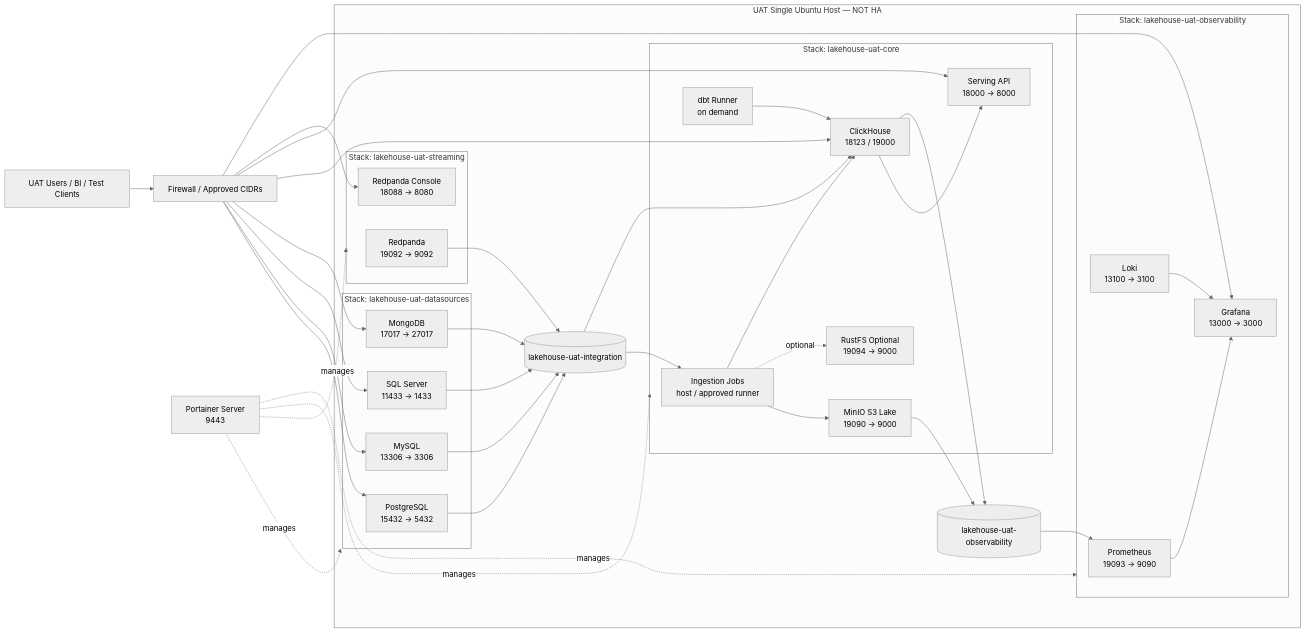
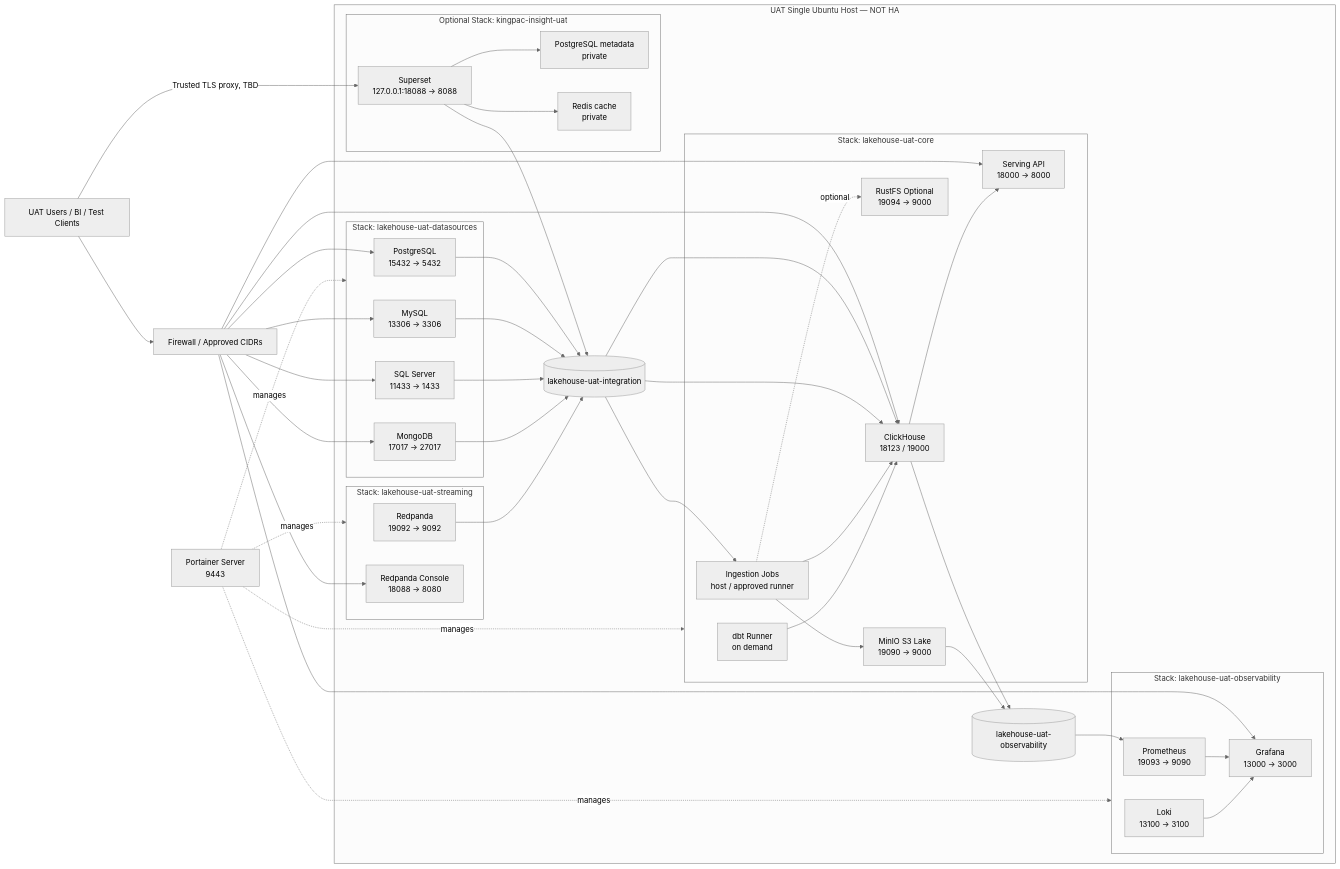
One commit to kingpac-dev/Enterprise-Data-Lakehouse-Platform changed the diagram in docs/architecture/UAT_ARCHITECTURE.md. Above: the diagram before and after it, drawn with Mermaid (neutral theme). The commit also changed other lines of this file and 46 other files, not shown here.

````diff
--- a/docs/architecture/UAT_ARCHITECTURE.md
+++ b/docs/architecture/UAT_ARCHITECTURE.md
@@ -15,51 +15,60 @@
 ```mermaid
 flowchart LR
     users[UAT Users / BI / Test Clients]
     fw[Firewall / Approved CIDRs]
     portainer[Portainer Server<br/>9443]
 
     subgraph host[UAT Single Ubuntu Host — NOT HA]
       subgraph ds[Stack: lakehouse-uat-datasources]
         pg[PostgreSQL<br/>15432 → 5432]
         my[MySQL<br/>13306 → 3306]
         ms[SQL Server<br/>11433 → 1433]
         mo[MongoDB<br/>17017 → 27017]
       end
 
       subgraph stream[Stack: lakehouse-uat-streaming]
         rp[Redpanda<br/>19092 → 9092]
         rc[Redpanda Console<br/>18088 → 8080]
       end
 
       subgraph core[Stack: lakehouse-uat-core]
         jobs[Ingestion Jobs<br/>host / approved runner]
         minio[MinIO S3 Lake<br/>19090 → 9000]
         rustfs[RustFS Optional<br/>19094 → 9000]
         ch[ClickHouse<br/>18123 / 19000]
         dbt[dbt Runner<br/>on demand]
         api[Serving API<br/>18000 → 8000]
       end
 
       subgraph obs[Stack: lakehouse-uat-observability]
         prom[Prometheus<br/>19093 → 9090]
         graf[Grafana<br/>13000 → 3000]
         loki[Loki<br/>13100 → 3100]
       end
 
+      subgraph bi[Optional Stack: kingpac-insight-uat]
+        superset[Superset<br/>127.0.0.1:18088 → 8088]
+        meta[PostgreSQL metadata<br/>private]
+        cache[Redis cache<br/>private]
+      end
+
       intnet[(lakehouse-uat-integration)]
       obsnet[(lakehouse-uat-observability)]
     end
 
     users --> fw
     fw --> pg & my & ms & mo
     fw --> ch & api & rc & graf
+    users -->|Trusted TLS proxy, TBD| superset
+    superset --> intnet --> ch
+    superset --> meta & cache
     portainer -. manages .-> ds & stream & core & obs
     pg & my & ms & mo --> intnet --> jobs
     rp --> intnet --> ch
     jobs --> minio
     jobs -. optional .-> rustfs
     jobs --> ch
     dbt --> ch --> api
     ch & minio --> obsnet --> prom --> graf
     loki --> graf
 ```
````
